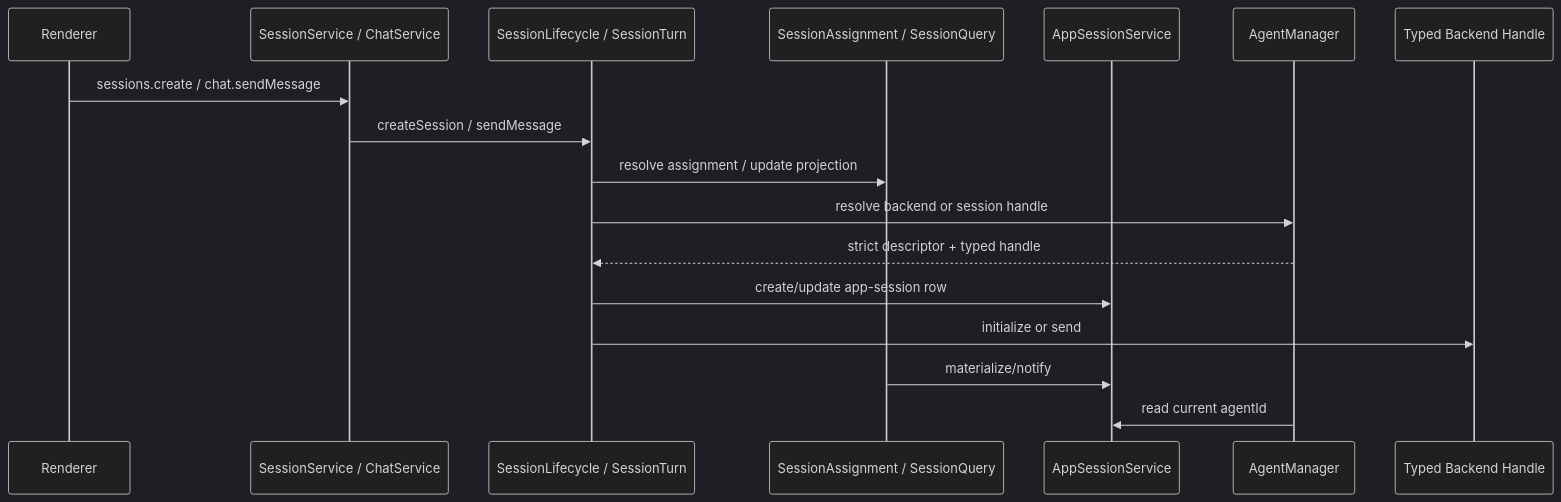
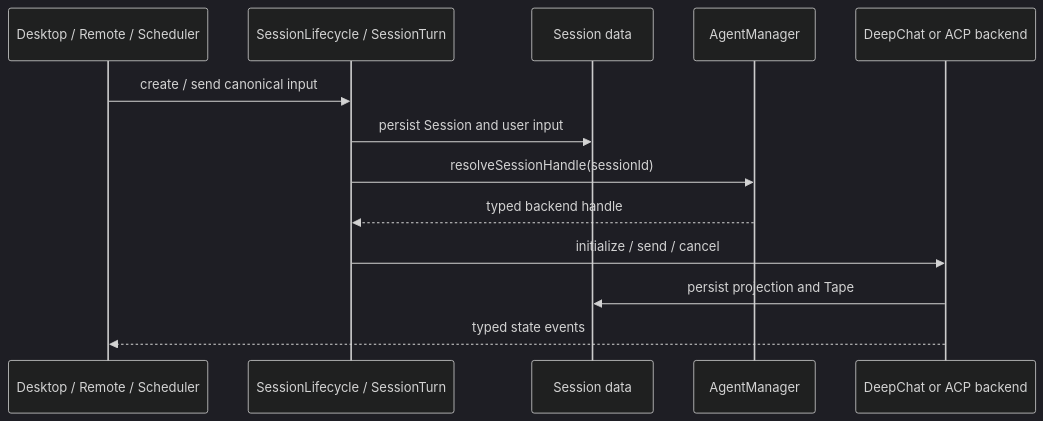
The diagram in docs/architecture/session-management.md (ThinkInAIXYZ/deepchat), drawn with Mermaid (dark theme) before and after one commit. The commit also changed other lines of this file and 158 other files, not shown here.

Commit message:
docs(architecture): consolidate documentation

````diff
--- a/docs/architecture/session-management.md
+++ b/docs/architecture/session-management.md
@@ -41,20 +27,16 @@
 ```mermaid
 sequenceDiagram
-    participant R as Renderer
-    participant SS as SessionService / ChatService
-    participant L as SessionLifecycle / SessionTurn
-    participant A as SessionAssignment / SessionQuery
-    participant S as AppSessionService
+    participant E as Desktop / Remote / Scheduler
+    participant S as SessionLifecycle / SessionTurn
+    participant D as Session data
     participant M as AgentManager
-    participant B as Typed Backend Handle
+    participant B as DeepChat or ACP backend
 
-    R->>SS: sessions.create / chat.sendMessage
-    SS->>L: createSession / sendMessage
-    L->>A: resolve assignment / update projection
-    L->>M: resolve backend or session handle
-    M-->>L: strict descriptor + typed handle
-    L->>S: create/update app-session row
-    L->>B: initialize or send
-    A->>S: materialize/notify
-    M->>S: read current agentId
+    E->>S: create / send canonical input
+    S->>D: persist Session and user input
+    S->>M: resolveSessionHandle(sessionId)
+    M-->>S: typed backend handle
+    S->>B: initialize / send / cancel
+    B->>D: persist projection and Tape
+    B-->>E: typed state events
 ```
````
